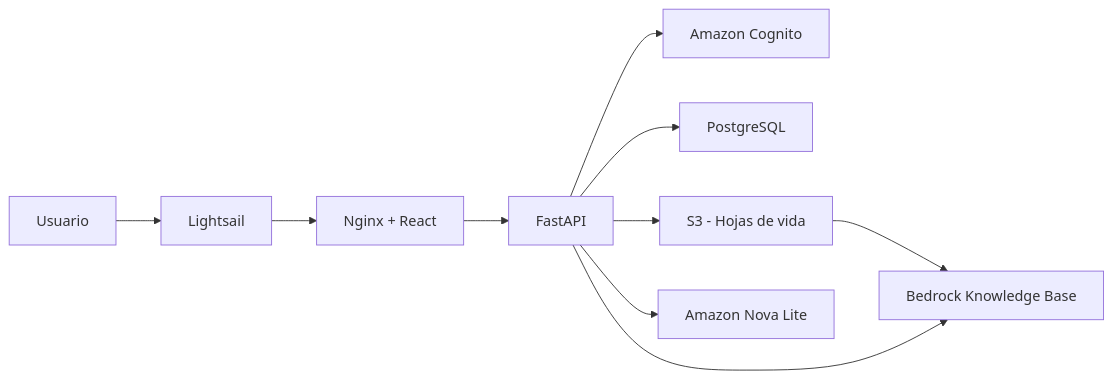
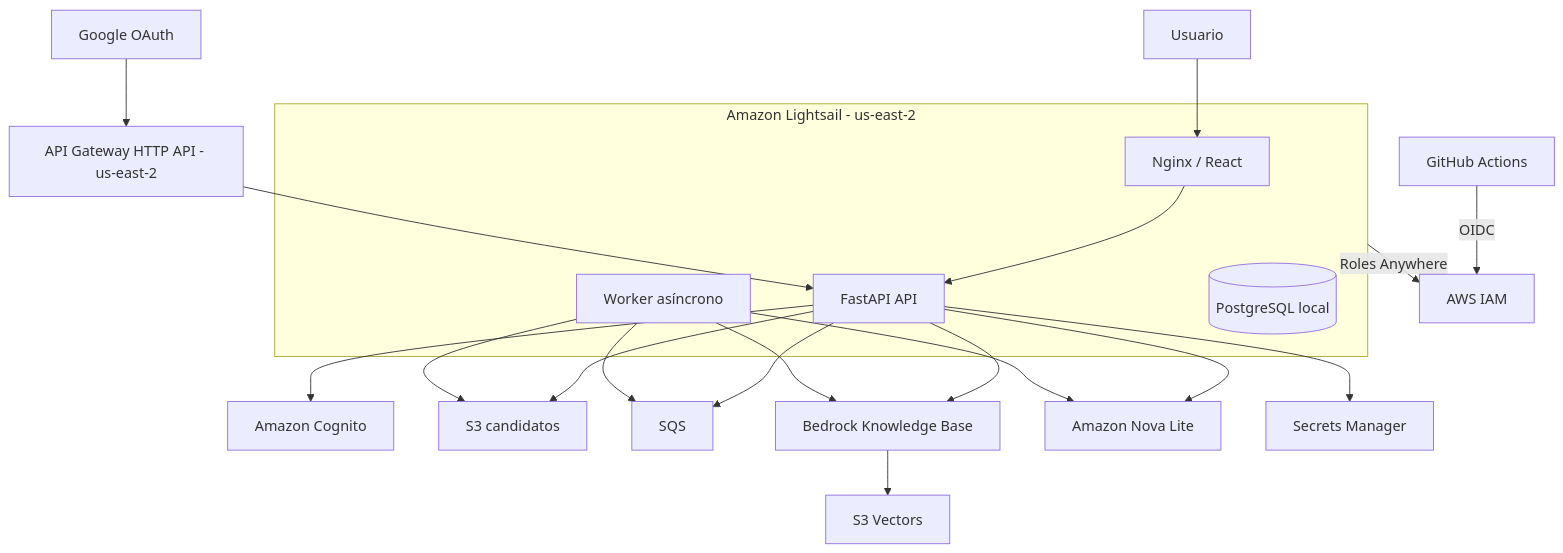
The diagram in README.md (donardi-1997/ai-recruiter), drawn with Mermaid before and after one commit. The commit also changed other lines of this file, not shown here.

Commit message:
docs: align README with production architecture

````diff
--- a/README.md
+++ b/README.md
@@ -52,12 +34,30 @@
 ```mermaid
-flowchart LR
-    U[Usuario] --> LS[Lightsail]
-    LS --> NGINX[Nginx + React]
-    NGINX --> API[FastAPI]
+flowchart TD
+    U[Usuario] --> N[Nginx / React]
+    N --> API[FastAPI API]
+
+    subgraph LS[Amazon Lightsail - us-east-2]
+        N
+        API
+        W[Worker asíncrono]
+        PG[(PostgreSQL local)]
+    end
+
     API --> COG[Amazon Cognito]
-    API --> PG[PostgreSQL]
-    API --> S3CV[S3 - Hojas de vida]
-    S3CV --> KB[Bedrock Knowledge Base]
-    API --> KB
-    API --> LLM[Amazon Nova Lite]
+    API --> S3[S3 candidatos]
+    API --> SQ[SQS]
+    W --> SQ
+    W --> S3
+    API --> KB[Bedrock Knowledge Base]
+    W --> KB
+    KB --> VEC[S3 Vectors]
+    API --> NOVA[Amazon Nova Lite]
+    W --> NOVA
+
+    GH[GitHub Actions] -->|OIDC| AWS[AWS IAM]
+    LS -->|Roles Anywhere| AWS
+
+    GOOGLE[Google OAuth] --> APIGW[API Gateway HTTP API - us-east-2]
+    APIGW --> API
+    API --> SM[Secrets Manager]
 ```
````
